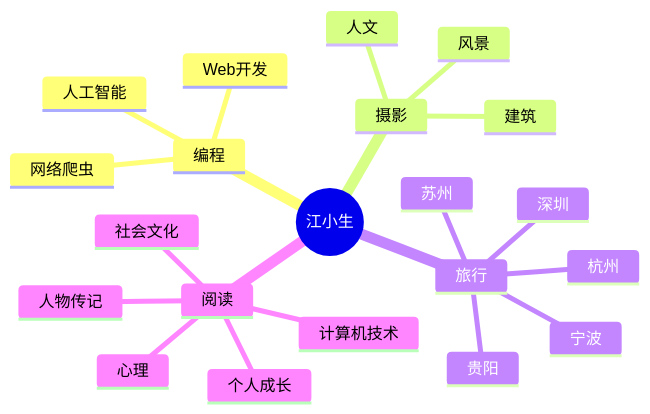
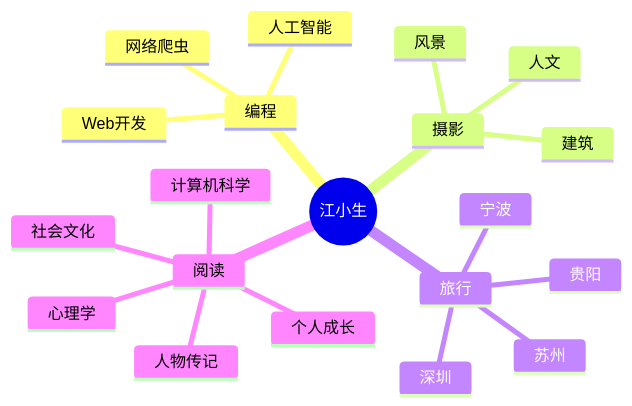
One commit to onecany/onecany changed the diagram in README.md. Above: the diagram before and after it, drawn with Mermaid. The commit also changed other lines of this file, not shown here.

````diff
--- a/README.md
+++ b/README.md
@@ -52,24 +52,23 @@
 ```mermaid
 mindmap
   root((江小生))
     编程
       Web开发
       网络爬虫
       人工智能
     摄影
       人文
       建筑
       风景
     旅行
       苏州
-      杭州
       深圳
       贵阳
       宁波
     阅读
       人物传记
       个人成长
       社会文化
-      心理
-      计算机技术
+      心理学
+      计算机科学
 ```
````
